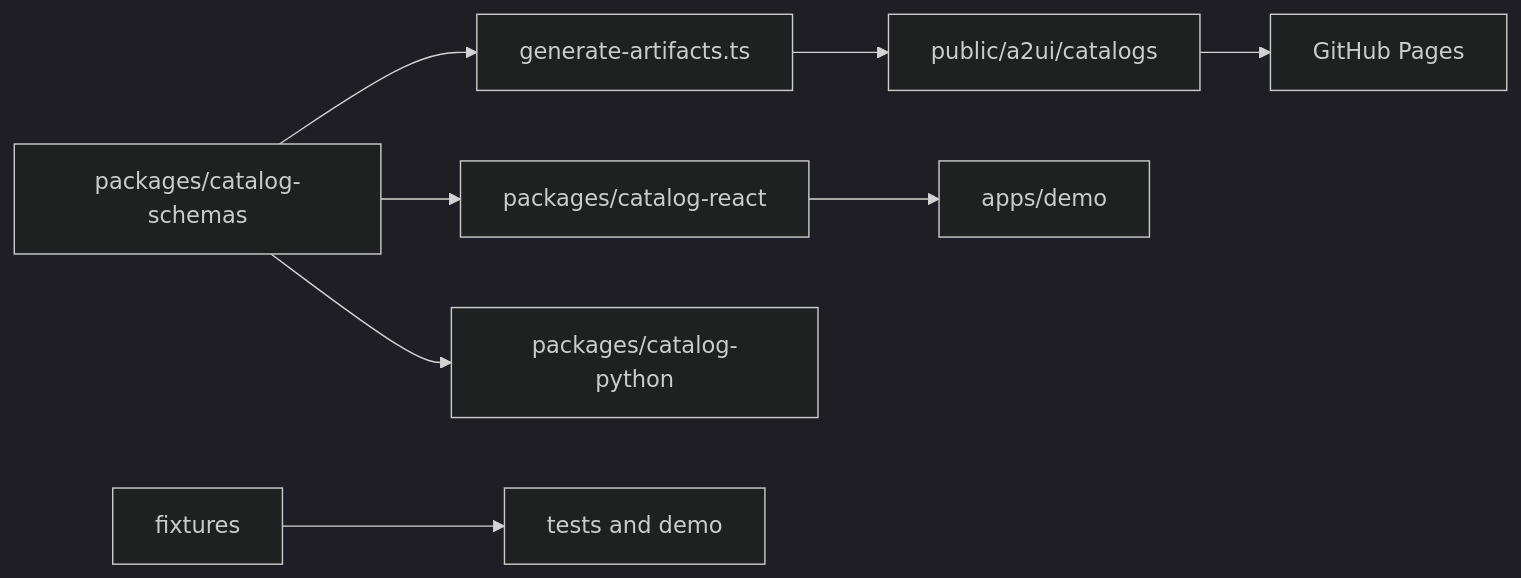
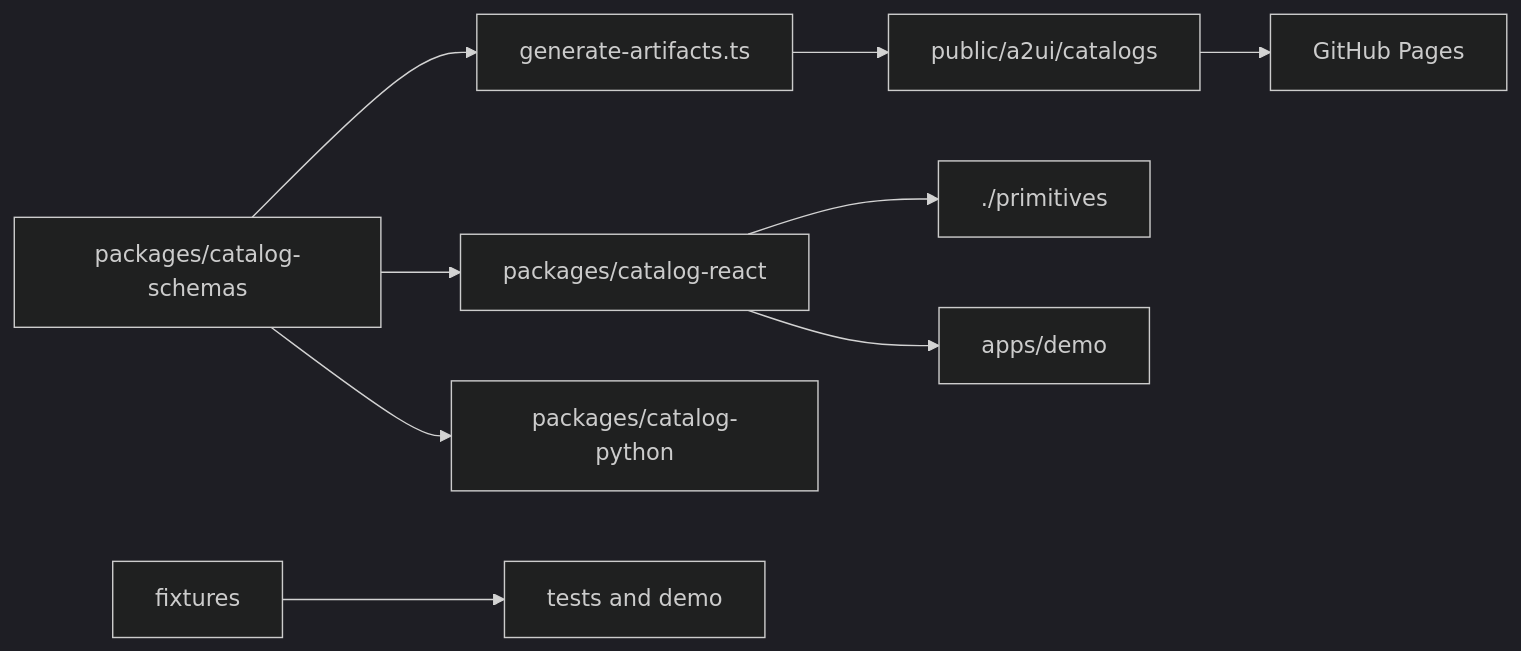
One commit to AI-37/ai37-a2ui-catalog changed the diagram in README.md. Above: the diagram before and after it, drawn with Mermaid (dark theme). The commit also changed other lines of this file, not shown here.

````diff
--- a/README.md
+++ b/README.md
@@ -35,10 +41,11 @@
 ```mermaid
 flowchart LR
     S[packages/catalog-schemas] --> G[generate-artifacts.ts]
     G --> P[public/a2ui/catalogs]
     P --> GH[GitHub Pages]
     S --> R[packages/catalog-react]
     S --> Py[packages/catalog-python]
+    R --> Pr[./primitives]
     F[fixtures] --> T[tests and demo]
     R --> D[apps/demo]
 ```
````
